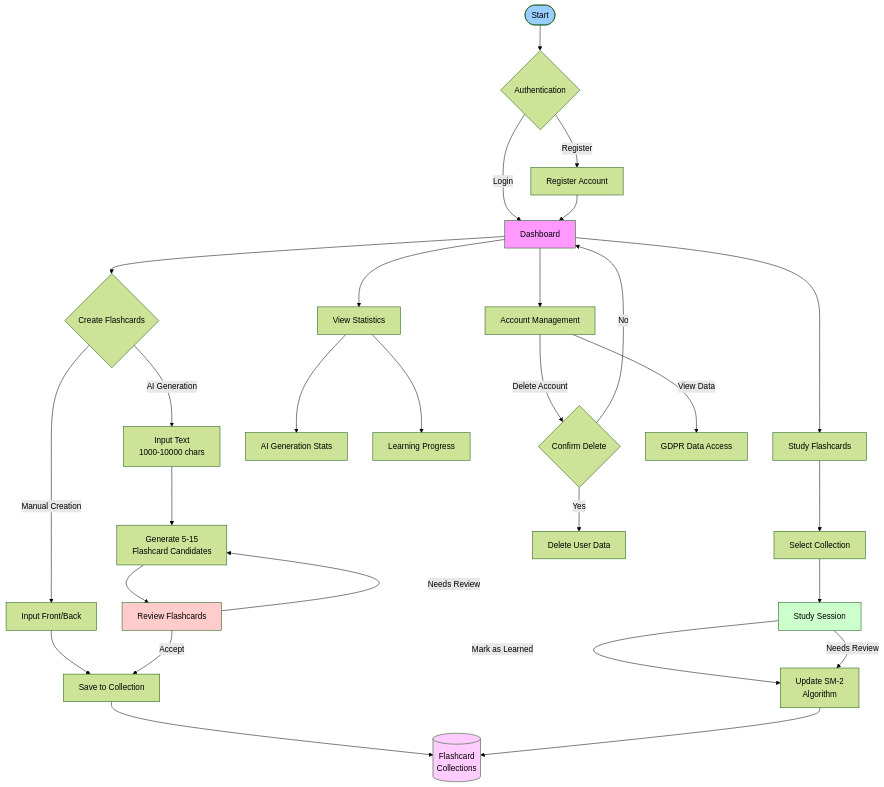
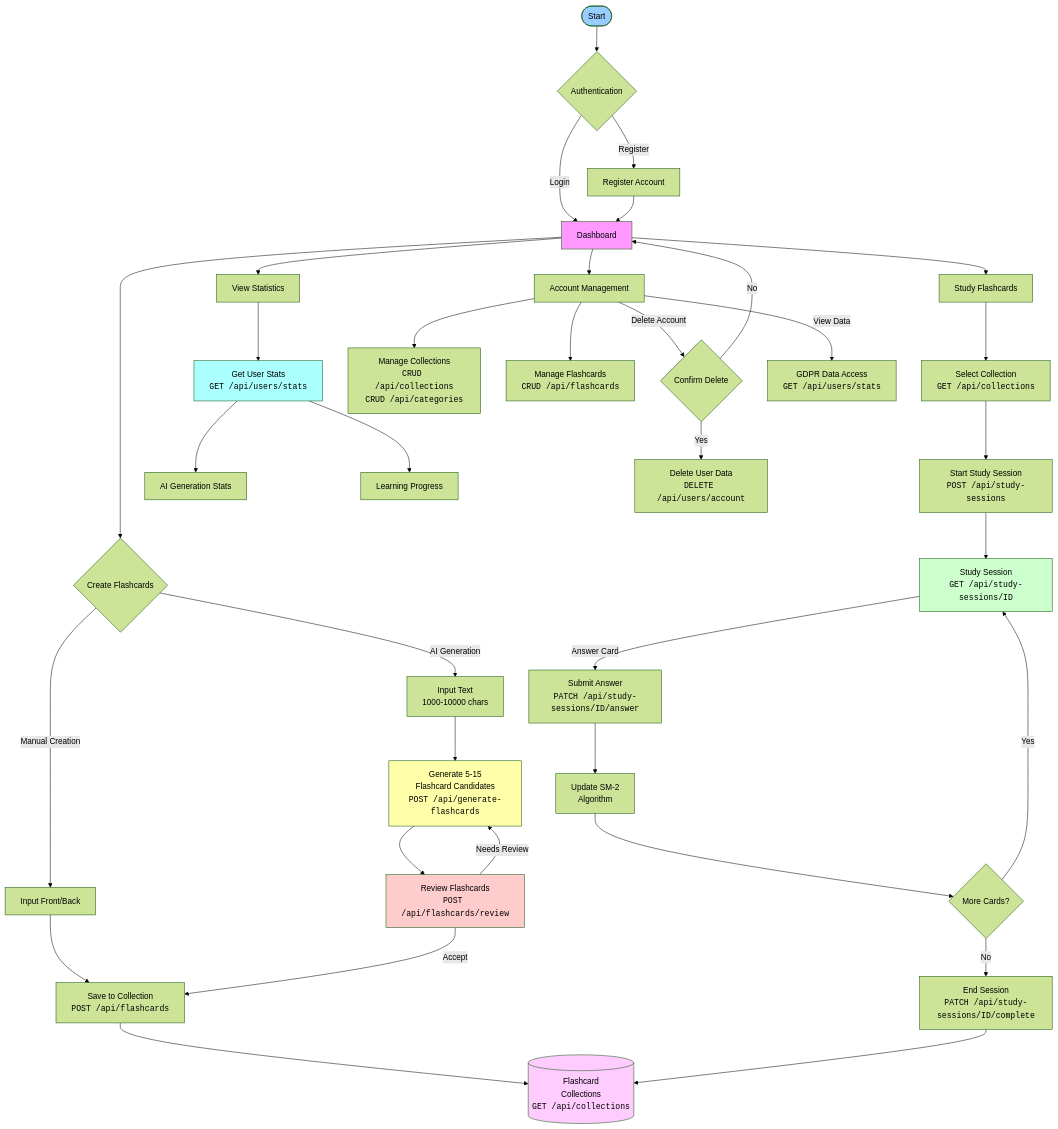
One commit to zrudnicki/10xDevFiszki changed the diagram in .ai/prd-flow-diagram.md. Above: the diagram before and after it, drawn with Mermaid (forest theme). The commit also changed other lines of this file and 32 other files, not shown here.

````diff
--- a/.ai/prd-flow-diagram.md
+++ b/.ai/prd-flow-diagram.md
@@ -3,45 +3,54 @@
 ```mermaid
 flowchart TD
     Start([Start]) --> Auth{Authentication}
     Auth -->|Login| Dashboard
     Auth -->|Register| Register[Register Account]
     Register --> Dashboard
 
     Dashboard --> CreateFlashcards{Create Flashcards}
     Dashboard --> StudyFlashcards[Study Flashcards]
     Dashboard --> ViewStats[View Statistics]
     Dashboard --> AccountMgmt[Account Management]
 
-    CreateFlashcards -->|AI Generation| AIInput[Input Text\n1000-10000 chars]
+    CreateFlashcards -->|AI Generation| AIInput[Input Text<br/>1000-10000 chars]
     CreateFlashcards -->|Manual Creation| ManualInput[Input Front/Back]
 
-    AIInput --> AIGeneration[Generate 5-15\nFlashcard Candidates]
-    AIGeneration --> Review[Review Flashcards]
+    AIInput --> AIGeneration[Generate 5-15<br/>Flashcard Candidates<br/><code>POST /api/generate-flashcards</code>]
+    AIGeneration --> Review[Review Flashcards<br/><code>POST /api/flashcards/review</code>]
 
-    ManualInput --> SaveFlashcard[Save to Collection]
+    ManualInput --> SaveFlashcard[Save to Collection<br/><code>POST /api/flashcards</code>]
 
     Review -->|Accept| SaveFlashcard
     Review -->|Needs Review| AIGeneration
 
-    SaveFlashcard --> Collections[(Flashcard\nCollections)]
+    SaveFlashcard --> Collections[(Flashcard<br/>Collections<br/><code>GET /api/collections</code>)]
 
-    StudyFlashcards --> SelectCollection[Select Collection]
-    SelectCollection --> StudySession[Study Session]
-    StudySession -->|Mark as Learned| UpdateSM2[Update SM-2\nAlgorithm]
-    StudySession -->|Needs Review| UpdateSM2
-    UpdateSM2 --> Collections
+    StudyFlashcards --> SelectCollection[Select Collection<br/><code>GET /api/collections</code>]
+    SelectCollection --> StartSession[Start Study Session<br/><code>POST /api/study-sessions</code>]
+    StartSession --> StudySession[Study Session<br/><code>GET /api/study-sessions/ID</code>]
+    StudySession -->|Answer Card| SubmitAnswer[Submit Answer<br/><code>PATCH /api/study-sessions/ID/answer</code>]
+    SubmitAnswer --> UpdateSM2[Update SM-2<br/>Algorithm]
+    UpdateSM2 --> NextCard{More Cards?}
+    NextCard -->|Yes| StudySession
+    NextCard -->|No| EndSession[End Session<br/><code>PATCH /api/study-sessions/ID/complete</code>]
+    EndSession --> Collections
 
-    ViewStats --> GenerationStats[AI Generation Stats]
-    ViewStats --> LearningStats[Learning Progress]
+    ViewStats --> GetStats[Get User Stats<br/><code>GET /api/users/stats</code>]
+    GetStats --> GenerationStats[AI Generation Stats]
+    GetStats --> LearningStats[Learning Progress]
 
+    AccountMgmt --> ManageCollections[Manage Collections<br/><code>CRUD /api/collections</code><br/><code>CRUD /api/categories</code>]
+    AccountMgmt --> ManageFlashcards[Manage Flashcards<br/><code>CRUD /api/flashcards</code>]
     AccountMgmt -->|Delete Account| Confirmation{Confirm Delete}
-    Confirmation -->|Yes| DeleteData[Delete User Data]
+    Confirmation -->|Yes| DeleteData[Delete User Data<br/><code>DELETE /api/users/account</code>]
     Confirmation -->|No| Dashboard
-    AccountMgmt -->|View Data| GDPR[GDPR Data Access]
+    AccountMgmt -->|View Data| GDPR[GDPR Data Access<br/><code>GET /api/users/stats</code>]
 
     style Start fill:#9cf
     style Dashboard fill:#f9f
     style Collections fill:#fcf
     style StudySession fill:#cfc
     style Review fill:#fcc
+    style AIGeneration fill:#ffa
+    style GetStats fill:#aff
 ```
````
